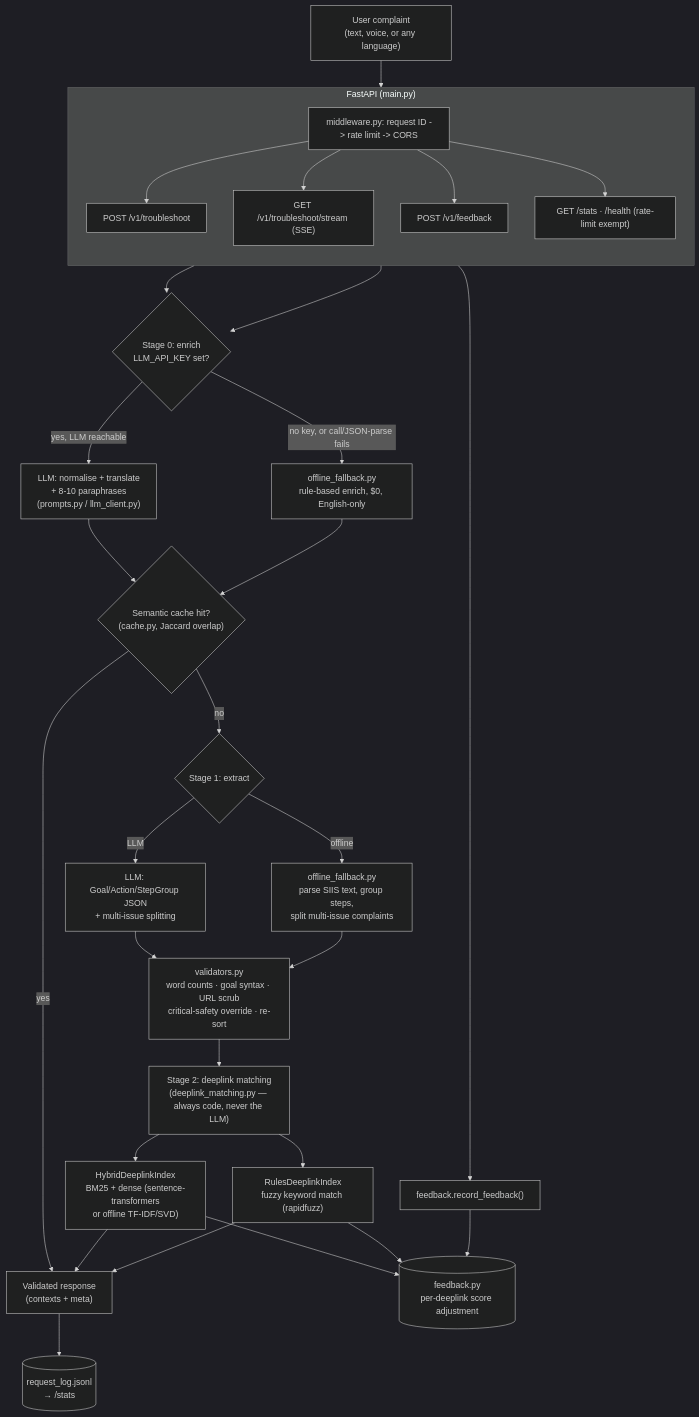
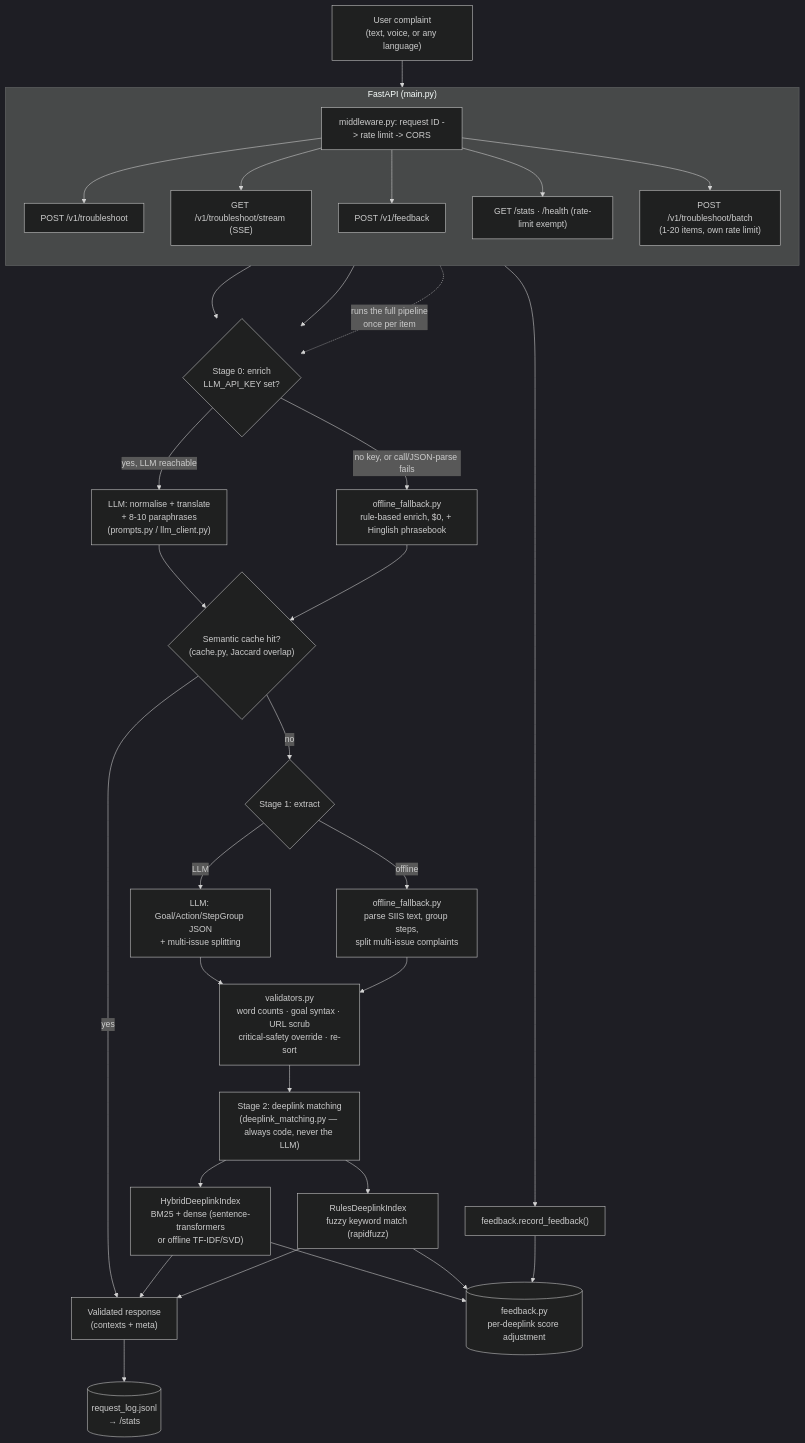
One commit to tripthyganesh1797-ctrl/GENAI-HACKATHON changed the diagram in README.md. Above: the diagram before and after it, drawn with Mermaid (dark theme). The commit also changed other lines of this file and 5 other files, not shown here.

````diff
--- a/README.md
+++ b/README.md
@@ -32,47 +32,49 @@
 ```mermaid
 flowchart TD
     U["User complaint\n(text, voice, or any language)"] --> API
 
     subgraph API["FastAPI (main.py)"]
         direction TB
         MW["middleware.py: request ID -> rate limit -> CORS"]
         EP1["POST /v1/troubleshoot"]
         EP2["GET /v1/troubleshoot/stream (SSE)"]
         EP3["POST /v1/feedback"]
         EP4["GET /stats · /health (rate-limit exempt)"]
-        MW --> EP1 & EP2 & EP3 & EP4
+        EP5["POST /v1/troubleshoot/batch\n(1-20 items, own rate limit)"]
+        MW --> EP1 & EP2 & EP3 & EP4 & EP5
     end
 
     EP1 --> S0
     EP2 --> S0
+    EP5 -. "runs the full pipeline\nonce per item" .-> S0
 
     S0{"Stage 0: enrich\nLLM_API_KEY set?"}
     S0 -- "yes, LLM reachable" --> L0["LLM: normalise + translate\n+ 8-10 paraphrases\n(prompts.py / llm_client.py)"]
-    S0 -- "no key, or call/JSON-parse fails" --> O0["offline_fallback.py\nrule-based enrich, $0, English-only"]
+    S0 -- "no key, or call/JSON-parse fails" --> O0["offline_fallback.py\nrule-based enrich, $0, + Hinglish phrasebook"]
 
     L0 --> CACHE
     O0 --> CACHE
     CACHE{"Semantic cache hit?\n(cache.py, Jaccard overlap)"}
     CACHE -- "yes" --> RESP
     CACHE -- "no" --> S1
 
     S1{"Stage 1: extract"}
     S1 -- "LLM" --> L1["LLM: Goal/Action/StepGroup JSON\n+ multi-issue splitting"]
     S1 -- "offline" --> O1["offline_fallback.py\nparse SIIS text, group steps,\nsplit multi-issue complaints"]
 
     L1 --> VAL
     O1 --> VAL
     VAL["validators.py\nword counts · goal syntax · URL scrub\ncritical-safety override · re-sort"]
 
     VAL --> S2
     S2["Stage 2: deeplink matching\n(deeplink_matching.py — always code, never the LLM)"]
     S2 --> HYB["HybridDeeplinkIndex\nBM25 + dense (sentence-transformers\nor offline TF-IDF/SVD)"]
     S2 --> RUL["RulesDeeplinkIndex\nfuzzy keyword match (rapidfuzz)"]
     HYB & RUL --> FB[("feedback.py\nper-deeplink score adjustment")]
 
     HYB --> RESP
     RUL --> RESP
     RESP["Validated response\n(contexts + meta)"] --> LOG[("request_log.jsonl\n→ /stats")]
 
     EP3 --> FBWRITE["feedback.record_feedback()"] --> FB
 ```
````
